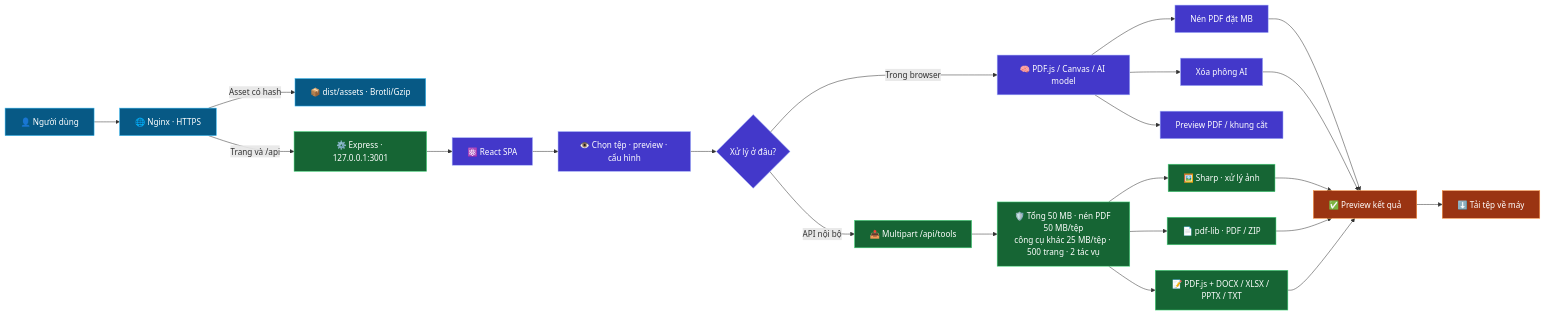
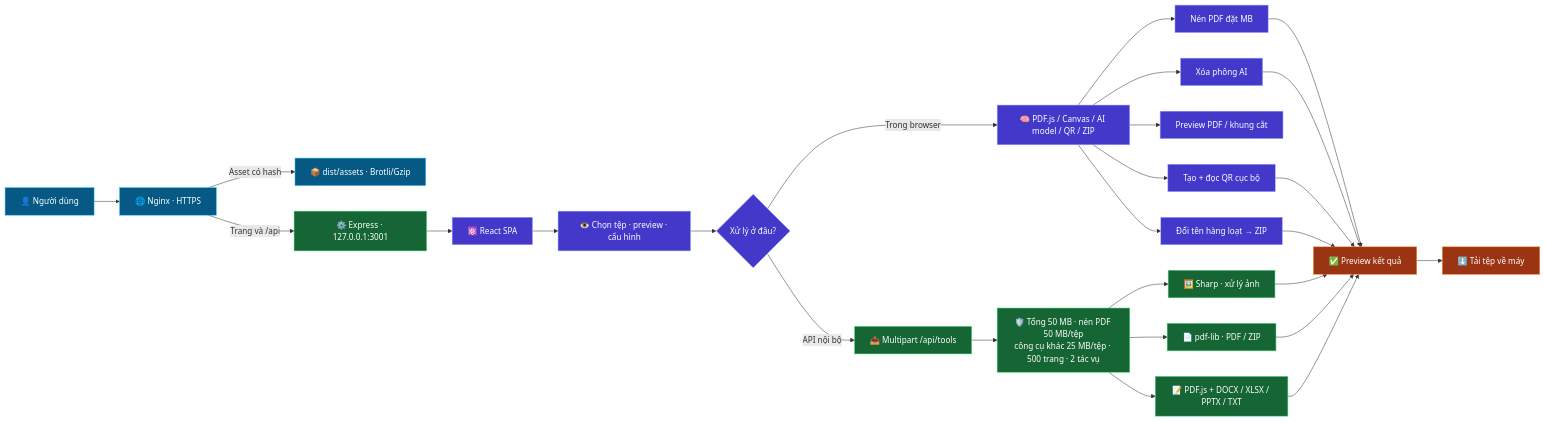
The first of 5 diagrams in DIAGRAMS.md (phamcongdanh98/Web-tool-ALL), drawn with Mermaid before and after one commit. The commit also changed other lines of this file and 14 other files, not shown here.

````diff
--- a/DIAGRAMS.md
+++ b/DIAGRAMS.md
@@ -7,37 +7,41 @@
 ```mermaid
 flowchart LR
     U["👤 Người dùng"] --> N["🌐 Nginx · HTTPS"]
     N -->|"Asset có hash"| S["📦 dist/assets · Brotli/Gzip"]
     N -->|"Trang và /api"| E["⚙️ Express · 127.0.0.1:3001"]
     E --> R["⚛️ React SPA"]
     R --> P["👁️ Chọn tệp · preview · cấu hình"]
 
     P --> C{"Xử lý ở đâu?"}
-    C -->|"Trong browser"| B["🧠 PDF.js / Canvas / AI model"]
+    C -->|"Trong browser"| B["🧠 PDF.js / Canvas / AI model / QR / ZIP"]
     C -->|"API nội bộ"| A["📤 Multipart /api/tools"]
 
     B --> B1["Nén PDF đặt MB"]
     B --> B2["Xóa phông AI"]
     B --> B3["Preview PDF / khung cắt"]
+    B --> B4["Tạo + đọc QR cục bộ"]
+    B --> B5["Đổi tên hàng loạt → ZIP"]
 
     A --> G["🛡️ Tổng 50 MB · nén PDF 50 MB/tệp<br/>công cụ khác 25 MB/tệp · 500 trang · 2 tác vụ"]
     G --> I["🖼️ Sharp · xử lý ảnh"]
     G --> D["📄 pdf-lib · PDF / ZIP"]
     G --> O["📝 PDF.js + DOCX / XLSX / PPTX / TXT"]
 
     B1 --> X["✅ Preview kết quả"]
     B2 --> X
+    B4 --> X
+    B5 --> X
     I --> X
     D --> X
     O --> X
     X --> T["⬇️ Tải tệp về máy"]
 
     classDef edge fill:#075985,stroke:#38bdf8,color:#fff;
     classDef browser fill:#4338ca,stroke:#a5b4fc,color:#fff;
     classDef server fill:#166534,stroke:#4ade80,color:#fff;
     classDef result fill:#9a3412,stroke:#fb923c,color:#fff;
     class U,N,S edge;
-    class R,P,C,B,B1,B2,B3 browser;
+    class R,P,C,B,B1,B2,B3,B4,B5 browser;
     class E,A,G,I,D,O server;
     class X,T result;
 ```
````
